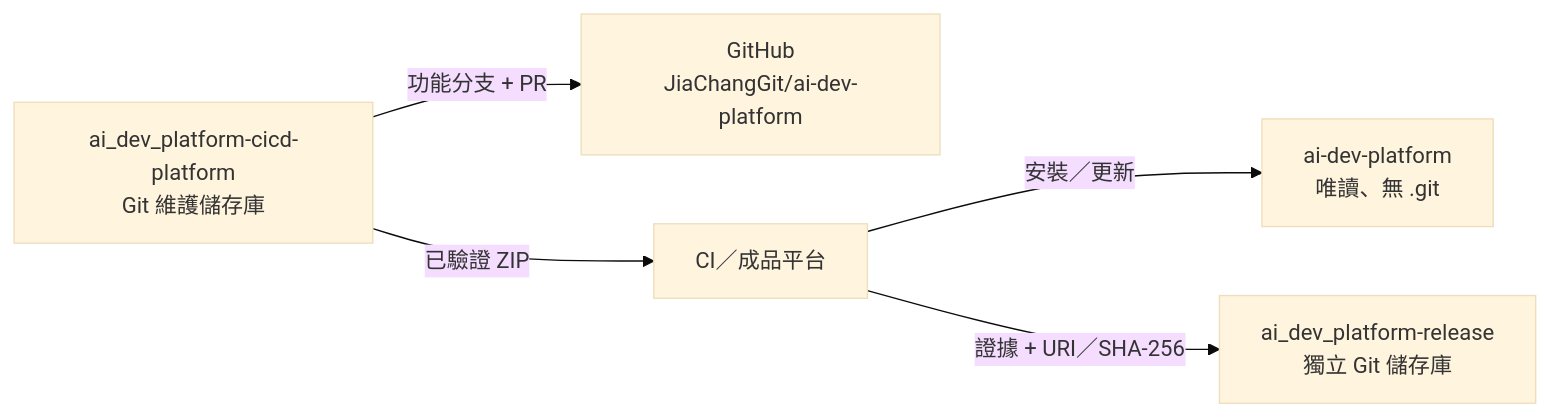
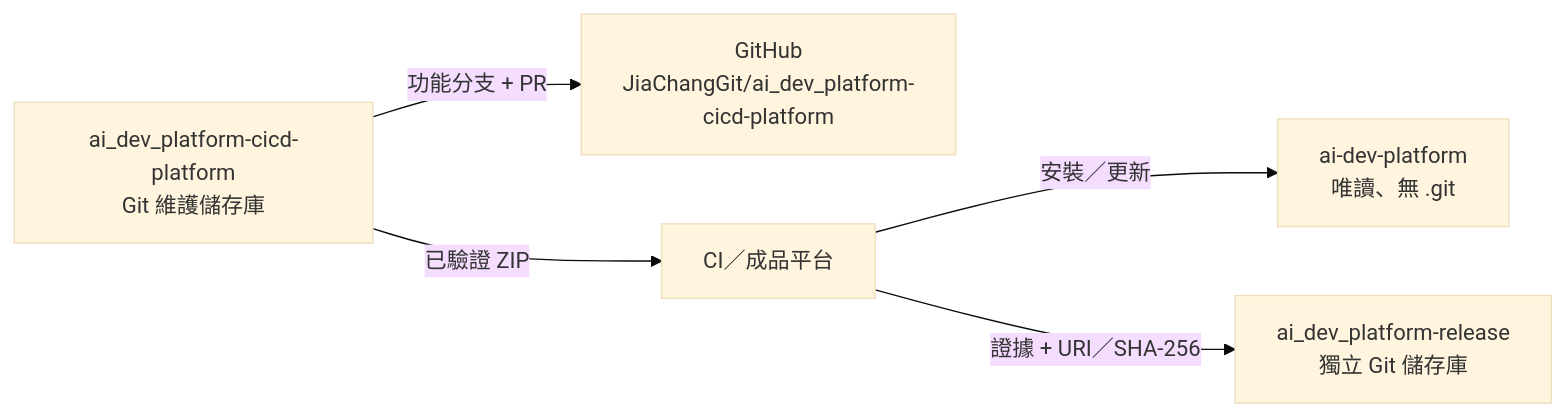
The diagram in docs/publishing-to-github.md (JiaChangGit/ai_dev_platform-cicd-platform), drawn with Mermaid (base theme) before and after one commit. The commit also changed other lines of this file, not shown here.

````diff
--- a/docs/publishing-to-github.md
+++ b/docs/publishing-to-github.md
@@ -7,7 +7,7 @@
 ```mermaid
 flowchart LR
-    A["ai_dev_platform-cicd-platform<br/>Git 維護儲存庫"] -->|"功能分支 + PR"| G["GitHub<br/>JiaChangGit/ai-dev-platform"]
+    A["ai_dev_platform-cicd-platform<br/>Git 維護儲存庫"] -->|"功能分支 + PR"| G["GitHub<br/>JiaChangGit/ai_dev_platform-cicd-platform"]
     A -->|"已驗證 ZIP"| C["CI／成品平台"]
     C -->|"安裝／更新"| S["ai-dev-platform<br/>唯讀、無 .git"]
     C -->|"證據 + URI／SHA-256"| R["ai_dev_platform-release<br/>獨立 Git 儲存庫"]
 ```
````
